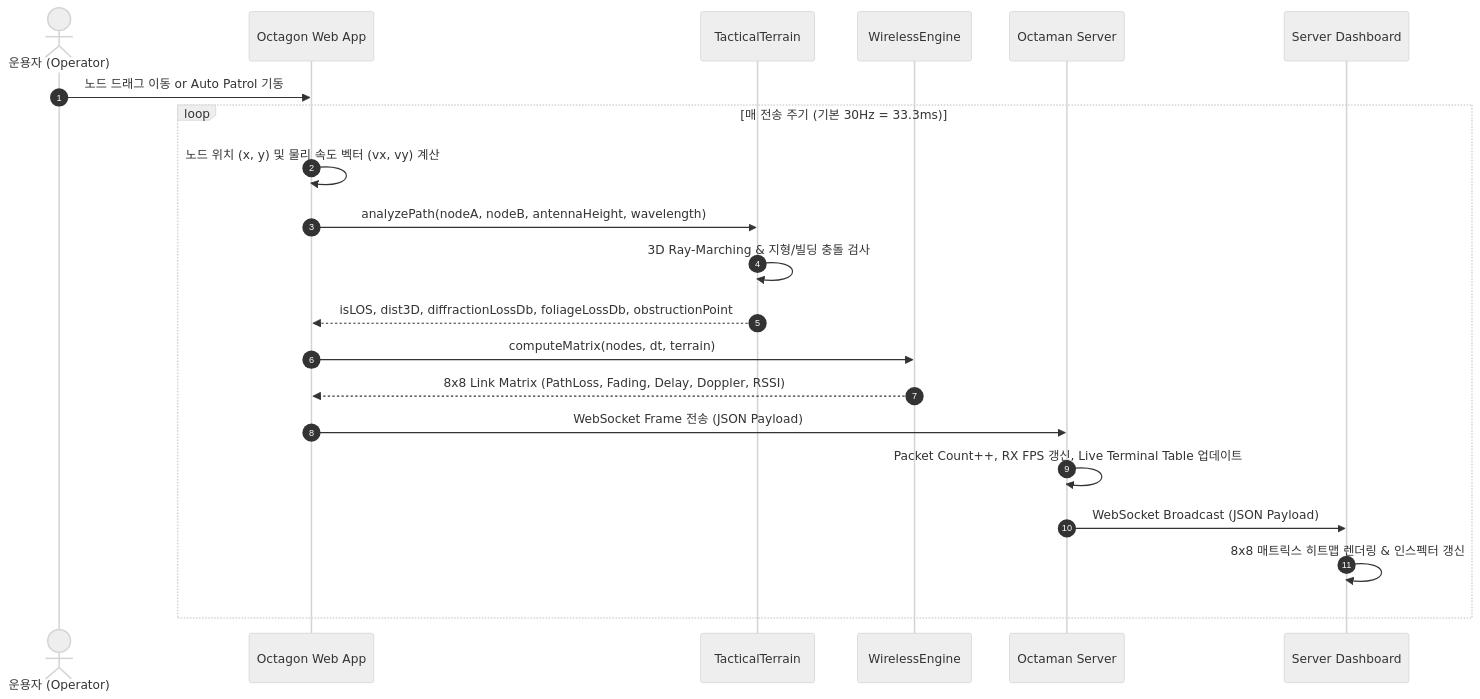
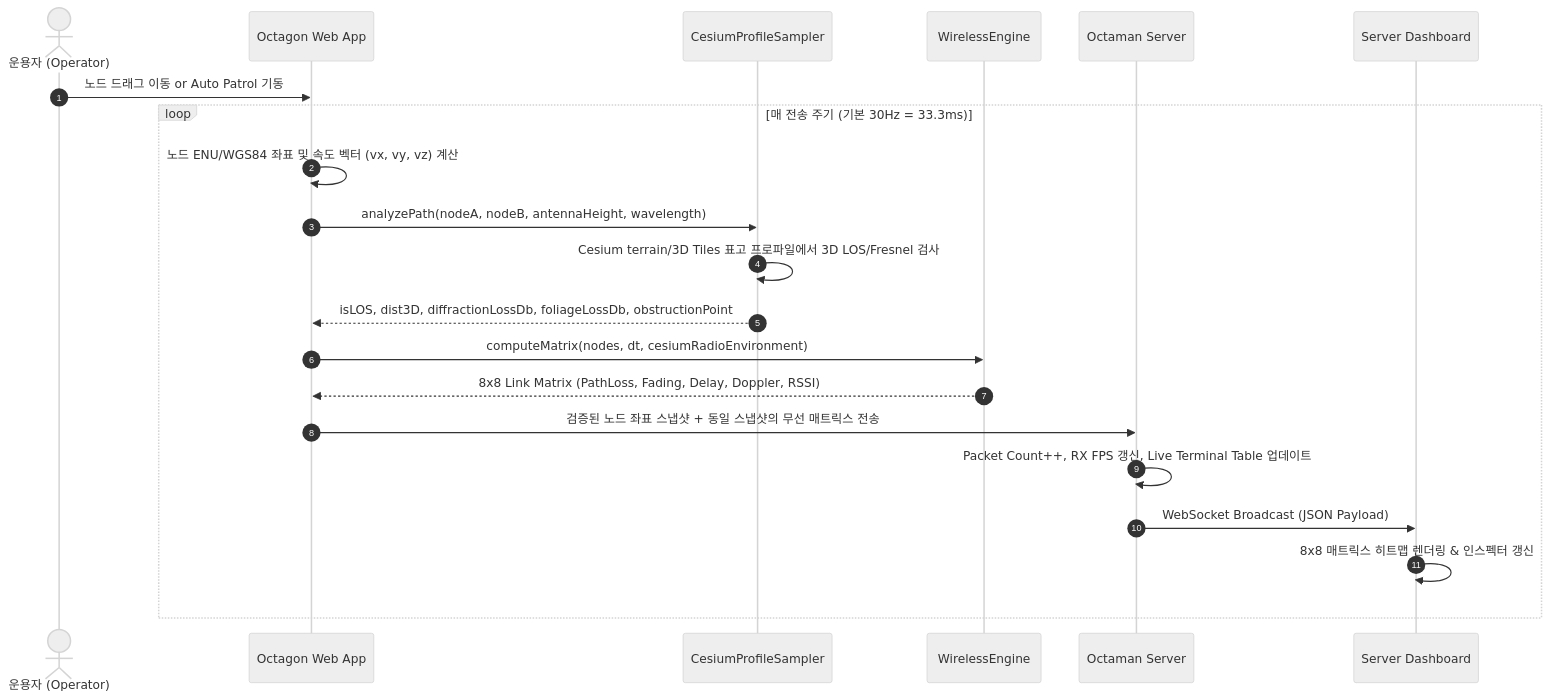
One commit to cglee-lowa/OCTAGON changed the second of 2 diagrams in SYSTEM_DESIGN.md. Above: the diagram before and after it, drawn with Mermaid (neutral theme). The commit also changed other lines of this file and 8 other files, not shown here.

````diff
--- a/SYSTEM_DESIGN.md
+++ b/SYSTEM_DESIGN.md
@@ -59,24 +59,24 @@
 ```mermaid
 sequenceDiagram
     autonumber
     actor User as 운용자 (Operator)
     participant Client as Octagon Web App
-    participant Terrain as TacticalTerrain
+    participant Terrain as CesiumProfileSampler
     participant Wireless as WirelessEngine
     participant Server as Octaman Server
     participant Dash as Server Dashboard
 
     User->>Client: 노드 드래그 이동 or Auto Patrol 기동
     loop 매 전송 주기 (기본 30Hz = 33.3ms)
-        Client->>Client: 노드 위치 (x, y) 및 물리 속도 벡터 (vx, vy) 계산
+        Client->>Client: 노드 ENU/WGS84 좌표 및 속도 벡터 (vx, vy, vz) 계산
         Client->>Terrain: analyzePath(nodeA, nodeB, antennaHeight, wavelength)
-        Terrain->>Terrain: 3D Ray-Marching & 지형/빌딩 충돌 검사
+        Terrain->>Terrain: Cesium terrain/3D Tiles 표고 프로파일에서 3D LOS/Fresnel 검사
         Terrain-->>Client: isLOS, dist3D, diffractionLossDb, foliageLossDb, obstructionPoint
-        Client->>Wireless: computeMatrix(nodes, dt, terrain)
+        Client->>Wireless: computeMatrix(nodes, dt, cesiumRadioEnvironment)
         Wireless-->>Client: 8x8 Link Matrix (PathLoss, Fading, Delay, Doppler, RSSI)
-        Client->>Server: WebSocket Frame 전송 (JSON Payload)
+        Client->>Server: 검증된 노드 좌표 스냅샷 + 동일 스냅샷의 무선 매트릭스 전송
         Server->>Server: Packet Count++, RX FPS 갱신, Live Terminal Table 업데이트
         Server->>Dash: WebSocket Broadcast (JSON Payload)
         Dash->>Dash: 8x8 매트릭스 히트맵 렌더링 & 인스펙터 갱신
     end
 ```
````
